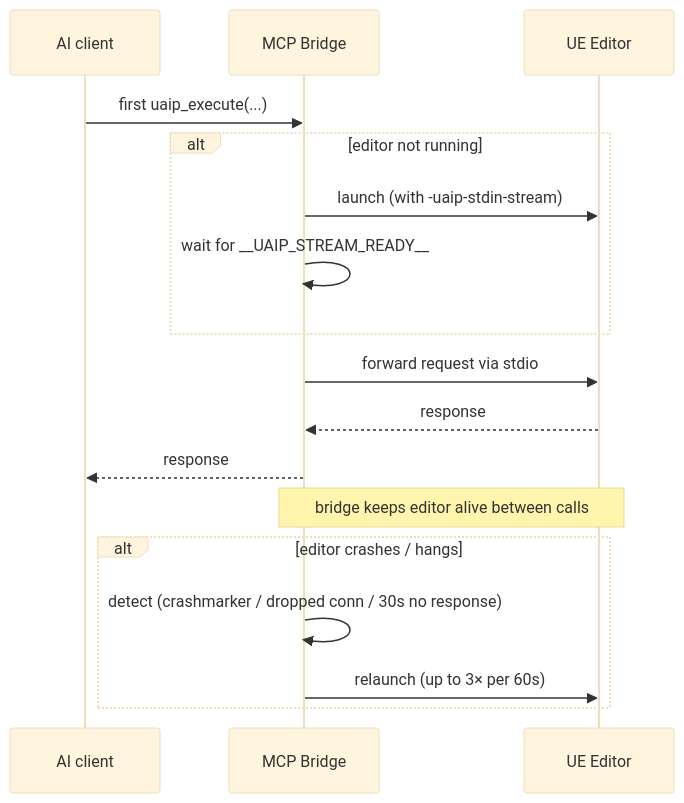
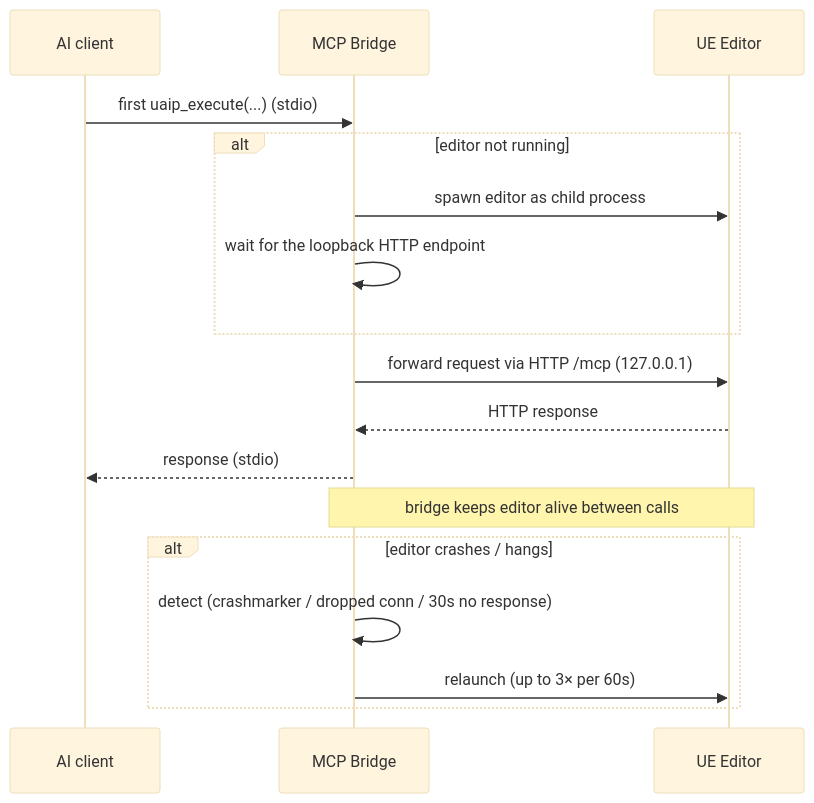
The sixth of 6 diagrams in docs/en/architecture.md (Naotsun19B/UnrealAIIntegrationPlatform-Document), drawn with Mermaid (base theme) before and after one commit. The commit also changed other lines of this file and 17 other files, not shown here.

````diff
--- a/docs/en/architecture.md
+++ b/docs/en/architecture.md
@@ -207,22 +207,22 @@
 ```mermaid
 sequenceDiagram
     participant Cli as AI client
     participant Br as MCP Bridge
     participant Ed as UE Editor
 
-    Cli->>Br: first uaip_execute(...)
+    Cli->>Br: first uaip_execute(...) (stdio)
     alt editor not running
-        Br->>Ed: launch (with -uaip-stdin-stream)
-        Br->>Br: wait for __UAIP_STREAM_READY__
+        Br->>Ed: spawn editor as child process
+        Br->>Br: wait for the loopback HTTP endpoint
     end
-    Br->>Ed: forward request via stdio
-    Ed-->>Br: response
-    Br-->>Cli: response
+    Br->>Ed: forward request via HTTP /mcp (127.0.0.1)
+    Ed-->>Br: HTTP response
+    Br-->>Cli: response (stdio)
 
     Note over Br,Ed: bridge keeps editor alive between calls
 
     alt editor crashes / hangs
         Br->>Br: detect (crashmarker / dropped conn / 30s no response)
         Br->>Ed: relaunch (up to 3× per 60s)
     end
 ```
````
